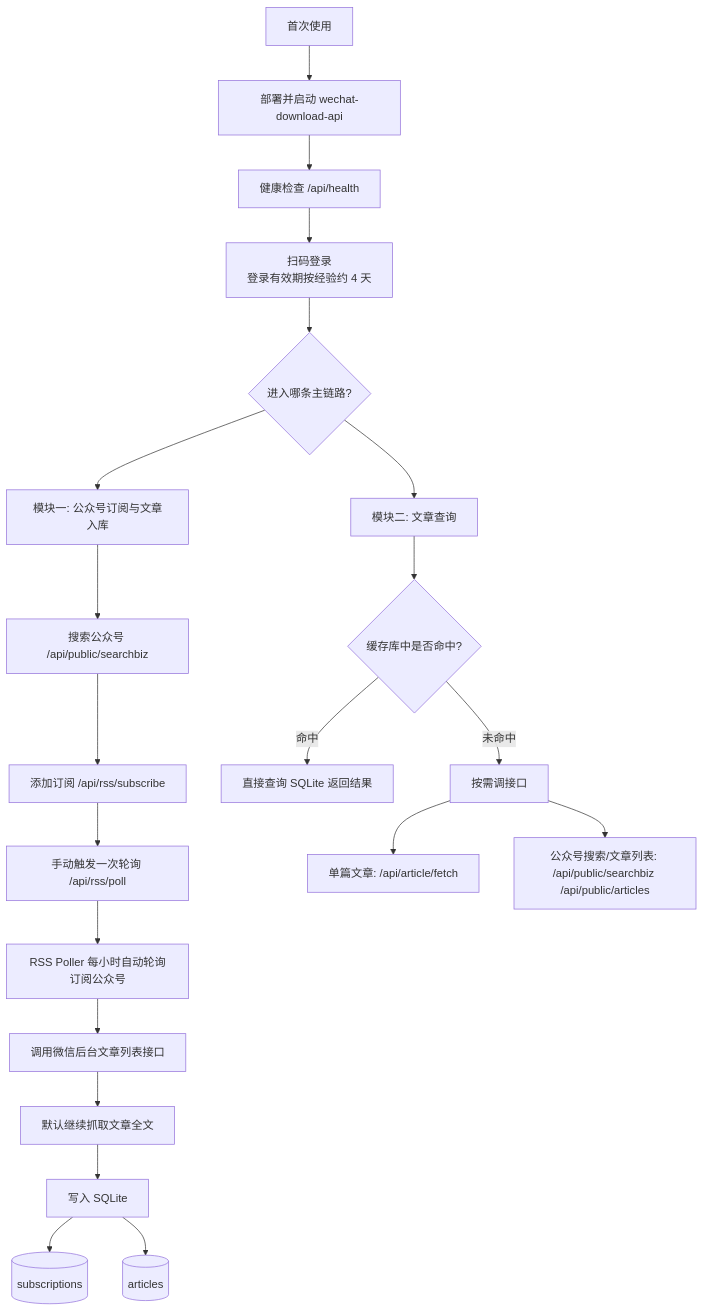
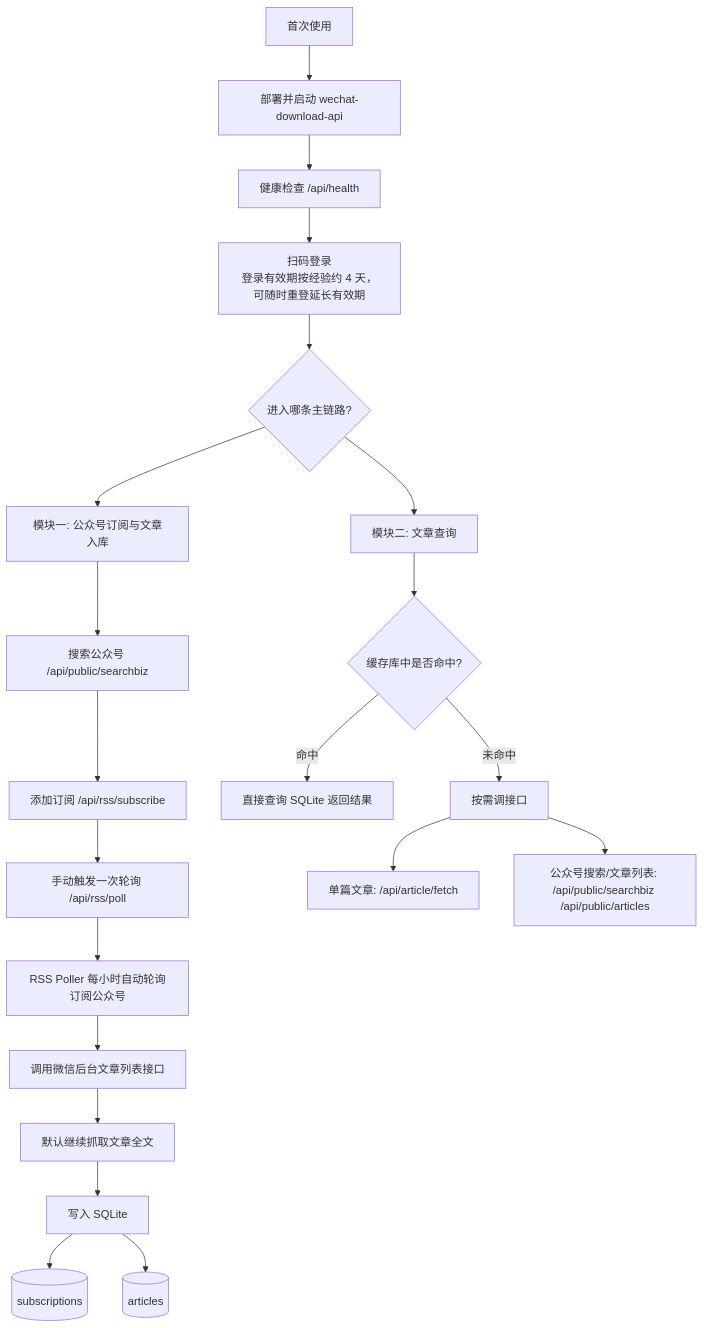
The first of 2 diagrams in README.md (adennng/wechat-query-skill), drawn with Mermaid before and after one commit.

````diff
--- a/README.md
+++ b/README.md
@@ -26,26 +26,26 @@
 ```mermaid
 flowchart TD
     A[首次使用] --> B[部署并启动 wechat-download-api]
     B --> C[健康检查 /api/health]
-    C --> D[扫码登录<br/>登录有效期按经验约 4 天]
+    C --> D[扫码登录<br/>登录有效期按经验约 4 天，可随时重登延长有效期]
     D --> E{进入哪条主链路?}
 
     E --> F[模块一: 公众号订阅与文章入库]
     E --> G[模块二: 文章查询]
 
     F --> F1[搜索公众号 /api/public/searchbiz]
     F1 --> F2[添加订阅 /api/rss/subscribe]
     F2 --> F3[手动触发一次轮询 /api/rss/poll]
     F3 --> F4[RSS Poller 每小时自动轮询订阅公众号]
     F4 --> F5[调用微信后台文章列表接口]
     F5 --> F6[默认继续抓取文章全文]
     F6 --> F7[写入 SQLite]
     F7 --> F8[(subscriptions)]
     F7 --> F9[(articles)]
 
     G --> G1{缓存库中是否命中?}
     G1 -->|命中| G2[直接查询 SQLite 返回结果]
     G1 -->|未命中| G3[按需调接口]
     G3 --> G4[单篇文章: /api/article/fetch]
     G3 --> G5[公众号搜索/文章列表: /api/public/searchbiz /api/public/articles]
 ```
````
